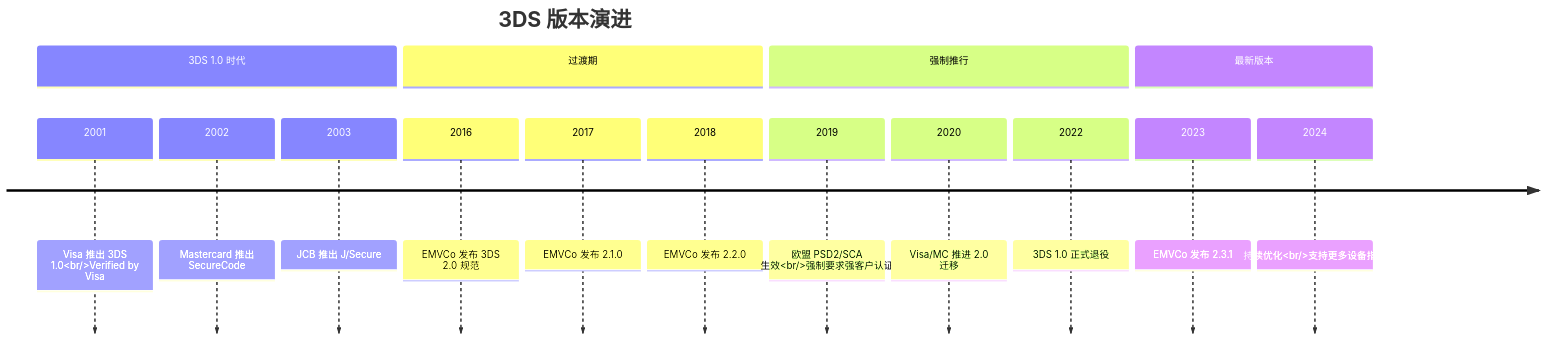
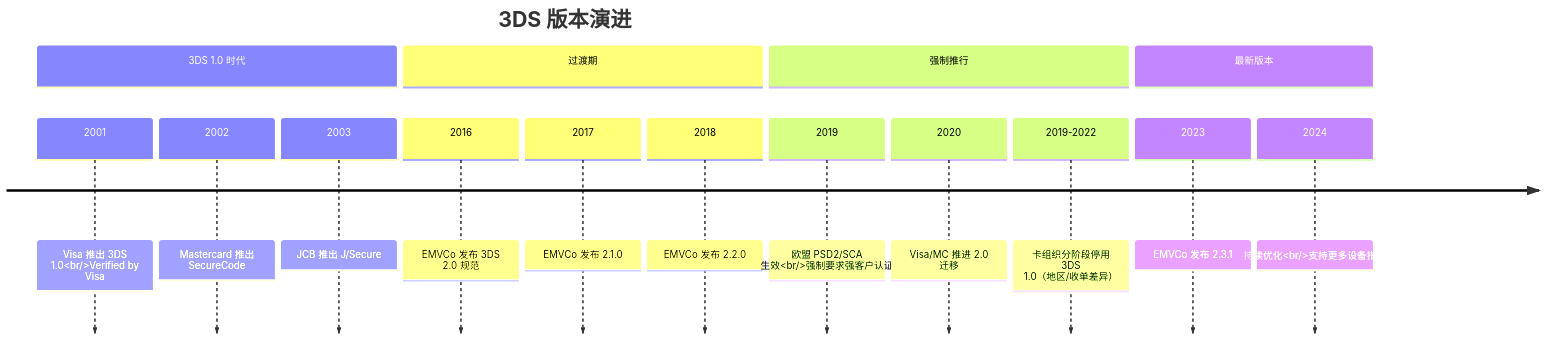
The third of 10 diagrams in docs/_posts/3ds-overview.md (zhaofutao04/zblog), drawn with Mermaid before and after one commit. The commit also changed other lines of this file and 38 other files, not shown here.

````diff
--- a/docs/_posts/3ds-overview.md
+++ b/docs/_posts/3ds-overview.md
@@ -102,19 +104,19 @@
 ```mermaid
 timeline
     title 3DS 版本演进
     section 3DS 1.0 时代
         2001 : Visa 推出 3DS 1.0<br/>Verified by Visa
         2002 : Mastercard 推出 SecureCode
         2003 : JCB 推出 J/Secure
     section 过渡期
         2016 : EMVCo 发布 3DS 2.0 规范
         2017 : EMVCo 发布 2.1.0
         2018 : EMVCo 发布 2.2.0
     section 强制推行
         2019 : 欧盟 PSD2/SCA 生效<br/>强制要求强客户认证
         2020 : Visa/MC 推进 2.0 迁移
-        2022 : 3DS 1.0 正式退役
+        2019-2022 : 卡组织分阶段停用 3DS 1.0（地区/收单差异）
     section 最新版本
         2023 : EMVCo 发布 2.3.1
         2024 : 持续优化<br/>支持更多设备指纹
 ```
````
